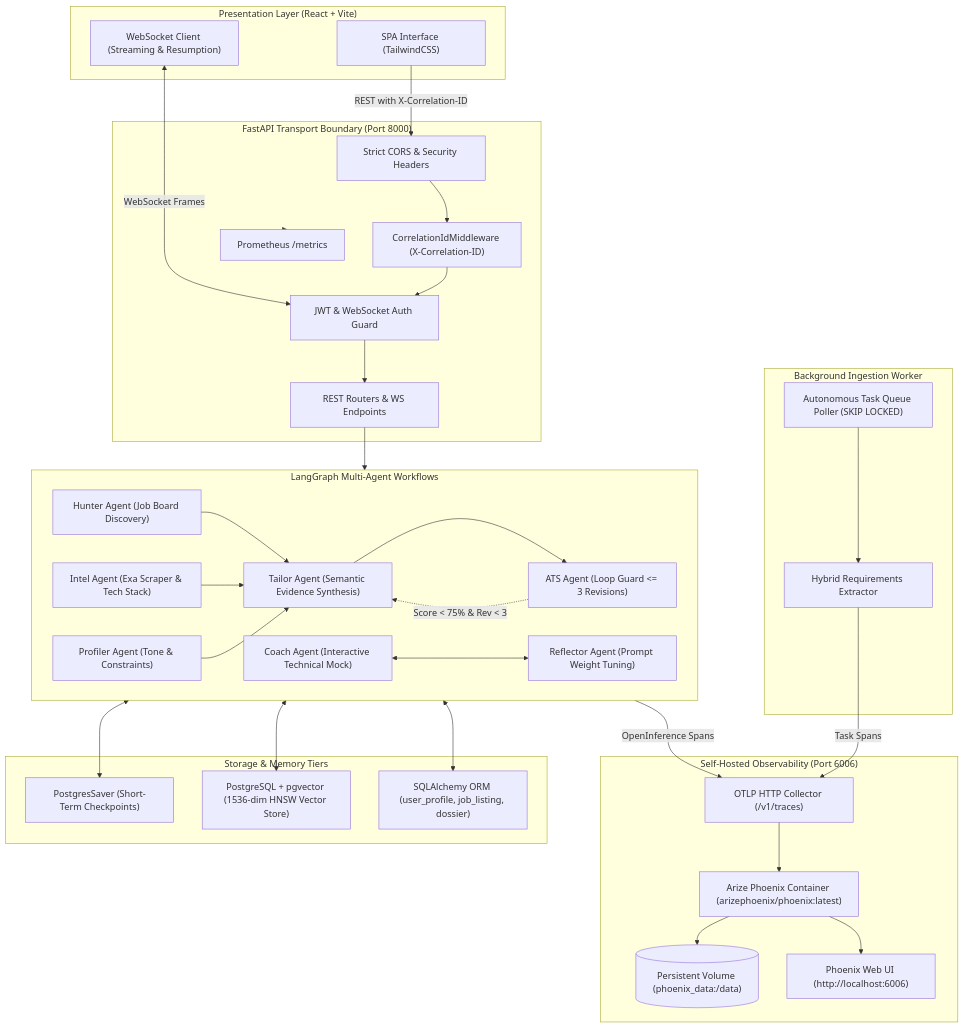
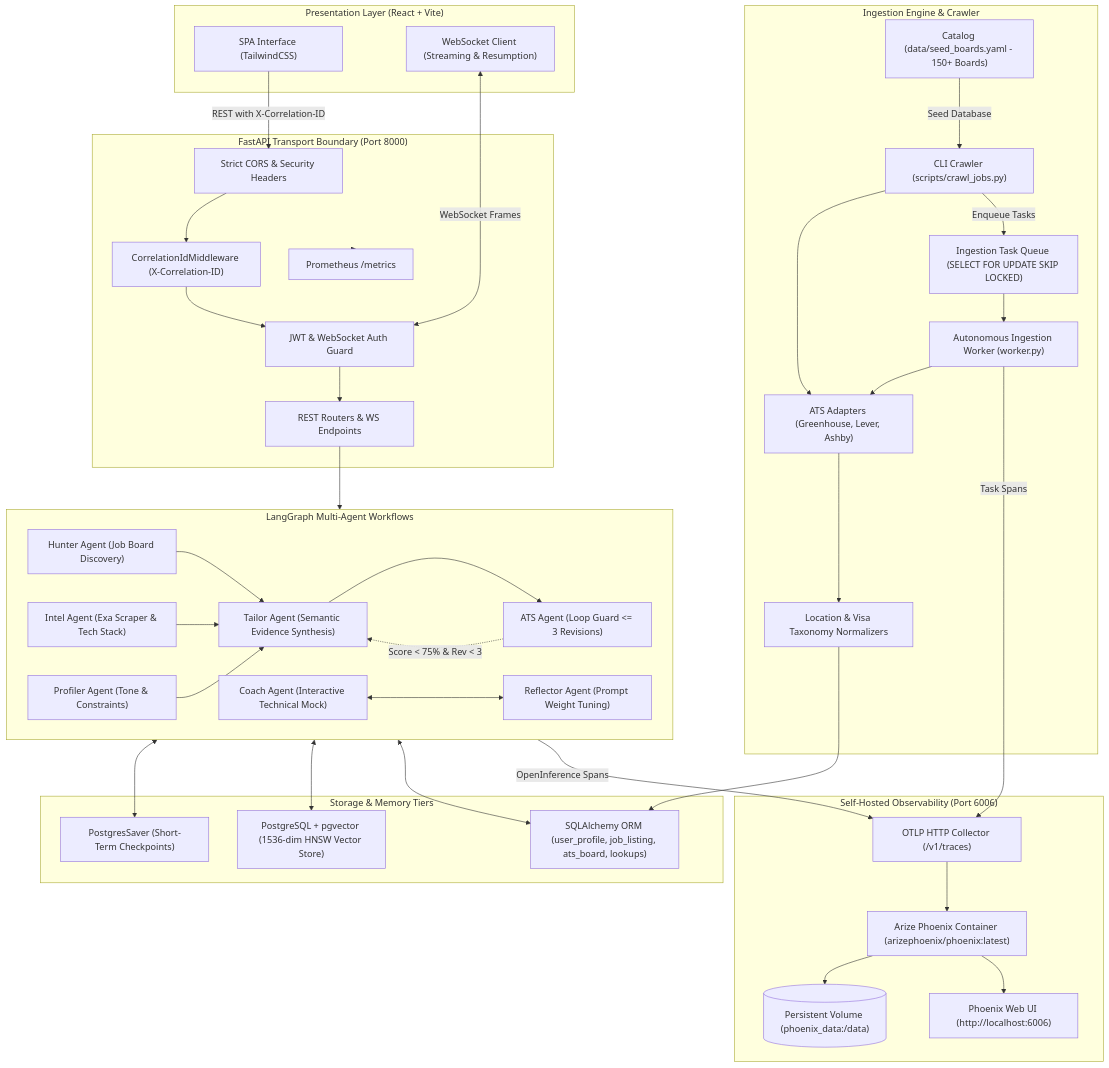
Before and after one commit to bibhashkar/Career-OS: the first of 2 diagrams in README.md, drawn with Mermaid. The commit also changed other lines of this file and 29 other files, not shown here.

First line of the commit message:
feat(ingestion): rewrite clean schema and scale crawler to 150+ global boards

````diff
--- a/README.md
+++ b/README.md
@@ -11,58 +11,67 @@
 ```mermaid
 flowchart TD
     subgraph Frontend["Presentation Layer (React + Vite)"]
         UI["SPA Interface (TailwindCSS)"]
         WSClient["WebSocket Client (Streaming & Resumption)"]
     end
 
     subgraph API["FastAPI Transport Boundary (Port 8000)"]
         CORS["Strict CORS & Security Headers"]
         Auth["JWT & WebSocket Auth Guard"]
         Router["REST Routers & WS Endpoints"]
         CID["CorrelationIdMiddleware (X-Correlation-ID)"]
         Metrics["Prometheus /metrics"]
     end
 
     subgraph Observability["Self-Hosted Observability (Port 6006)"]
         PHX["Arize Phoenix Container (arizephoenix/phoenix:latest)"]
         VOL[("Persistent Volume (phoenix_data:/data)")]
         UI_PHX["Phoenix Web UI (http://localhost:6006)"]
         OTLP["OTLP HTTP Collector (/v1/traces)"]
     end
 
     subgraph Agents["LangGraph Multi-Agent Workflows"]
         Hunter["Hunter Agent (Job Board Discovery)"]
         Intel["Intel Agent (Exa Scraper & Tech Stack)"]
         Profiler["Profiler Agent (Tone & Constraints)"]
         Tailor["Tailor Agent (Semantic Evidence Synthesis)"]
         ATS["ATS Agent (Loop Guard <= 3 Revisions)"]
         Coach["Coach Agent (Interactive Technical Mock)"]
         Reflector["Reflector Agent (Prompt Weight Tuning)"]
     end
 
-    subgraph Worker["Background Ingestion Worker"]
-        WRK["Autonomous Task Queue Poller (SKIP LOCKED)"]
-        EXT["Hybrid Requirements Extractor"]
+    subgraph Ingestion["Ingestion Engine & Crawler"]
+        Catalog["Catalog (data/seed_boards.yaml - 150+ Boards)"]
+        CLI["CLI Crawler (scripts/crawl_jobs.py)"]
+        Adapters["ATS Adapters (Greenhouse, Lever, Ashby)"]
+        Normalizer["Location & Visa Taxonomy Normalizers"]
+        Queue["Ingestion Task Queue (SELECT FOR UPDATE SKIP LOCKED)"]
+        Worker["Autonomous Ingestion Worker (worker.py)"]
     end
 
     subgraph Persistence["Storage & Memory Tiers"]
         PGSaver["PostgresSaver (Short-Term Checkpoints)"]
         PGVector["PostgreSQL + pgvector (1536-dim HNSW Vector Store)"]
-        Relational["SQLAlchemy ORM (user_profile, job_listing, dossier)"]
+        Relational["SQLAlchemy ORM (user_profile, job_listing, ats_board, lookups)"]
     end
 
     UI -->|REST with X-Correlation-ID| CORS --> CID --> Auth --> Router
     WSClient <-->|WebSocket Frames| Auth
     Router --> Agents
     Hunter & Intel & Profiler --> Tailor --> ATS
     ATS -.->|Score < 75% & Rev < 3| Tailor
     Coach <--> Reflector
     Agents <--> PGSaver
     Agents <--> PGVector
     Agents <--> Relational
     Agents -->|OpenInference Spans| OTLP
-    WRK --> EXT -->|Task Spans| OTLP
+
+    Catalog -->|Seed Database| CLI
+    CLI --> Adapters --> Normalizer --> Relational
+    CLI -->|Enqueue Tasks| Queue
+    Queue --> Worker --> Adapters
+    Worker -->|Task Spans| OTLP
     OTLP --> PHX --> VOL
     PHX --> UI_PHX
     API --> Metrics
 ```
````
